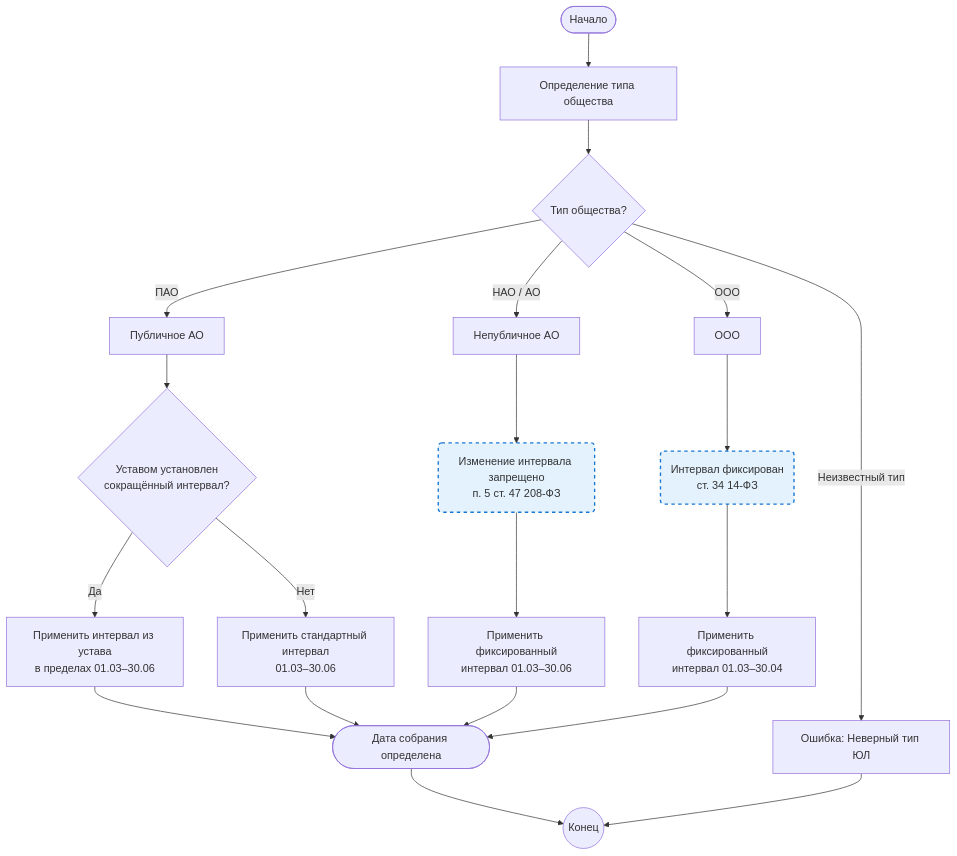
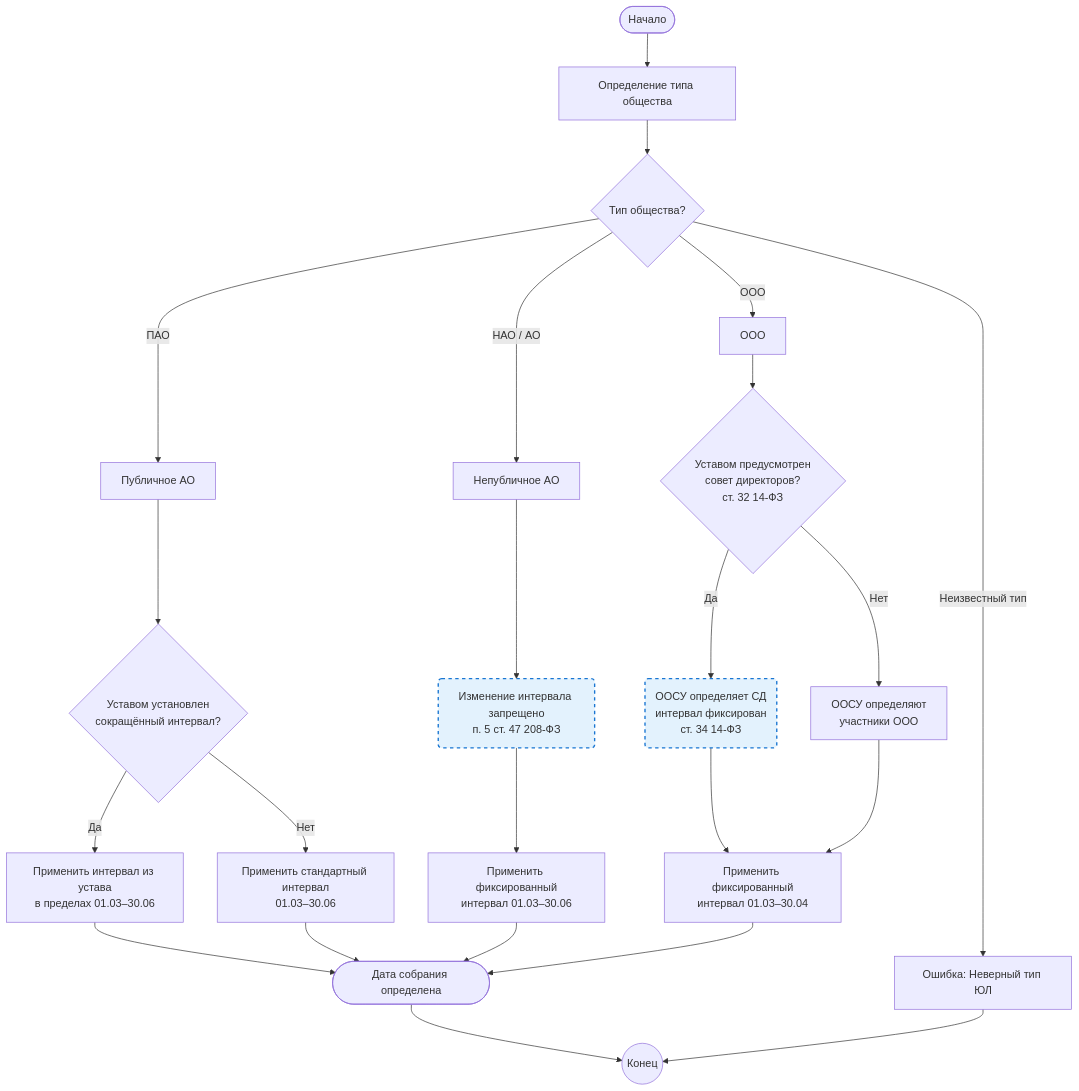
Before and after one commit to arsenyuk/SamorodinkaTech.Fiducia: the diagram in docs/business-processes/gosa-window.md, drawn with Mermaid.

Commit message:
docs(gosa): отразить в диаграмме, что СД для ООО не обязателен (ст. 32 14-ФЗ)

````diff
--- a/docs/business-processes/gosa-window.md
+++ b/docs/business-processes/gosa-window.md
@@ -49,50 +49,55 @@
 ```mermaid
 flowchart TD
     Start([Начало]) --> A[Определение типа общества]
 
     A --> B{Тип общества?}
 
     B -->|ПАО| C[Публичное АО]
     C --> D{Уставом установлен<br>сокращённый интервал?}
     D -->|Да| E[Применить интервал из устава<br>в пределах 01.03–30.06]
     D -->|Нет| F[Применить стандартный интервал<br>01.03–30.06]
 
     B -->| НАО / АО| G[Непубличное АО]
     G --> H[Изменение интервала запрещено<br>п. 5 ст. 47 208-ФЗ]
     H --> I[Применить фиксированный<br>интервал 01.03–30.06]
 
     B -->| ООО| L[ООО]
-    L --> M[Интервал фиксирован<br>ст. 34 14-ФЗ]
+    L --> P{Уставом предусмотрен<br>совет директоров?<br>ст. 32 14-ФЗ}
+    P -->|Да| M[ООСУ определяет СД<br>интервал фиксирован<br>ст. 34 14-ФЗ]
+    P -->|Нет| Q[ООСУ определяют<br>участники ООО]
     M --> N[Применить фиксированный<br>интервал 01.03–30.04]
+    Q --> N
 
     B -->|Неизвестный тип| J[Ошибка: Неверный тип ЮЛ]
 
     E --> K[Дата собрания определена]
     F --> K
     I --> K
     N --> K
     K --> Stop([Конец])
     J --> Stop
 
     %% Явное задание форм (синтаксис Mermaid)
     Start@{ shape: stadium, label: "Начало" }
     A@{ shape: rect, label: "Определение типа общества" }
     B@{ shape: diamond, label: "Тип общества?" }
     C@{ shape: rect, label: "Публичное АО" }
     D@{ shape: diamond, label: "Уставом установлен\nсокращённый интервал?" }
     E@{ shape: rect, label: "Применить интервал из устава\nв пределах 01.03–30.06" }
     F@{ shape: rect, label: "Применить стандартный интервал\n01.03–30.06" }
     G@{ shape: rect, label: "Непубличное АО" }
     H@{ shape: rounded, label: "Изменение интервала запрещено\nп. 5 ст. 47 208-ФЗ" }
     I@{ shape: rect, label: "Применить фиксированный\nинтервал 01.03–30.06" }
     L@{ shape: rect, label: "ООО" }
-    M@{ shape: rounded, label: "Интервал фиксирован\nст. 34 14-ФЗ" }
+    P@{ shape: diamond, label: "Уставом предусмотрен\nсовет директоров?\nст. 32 14-ФЗ" }
+    M@{ shape: rounded, label: "ООСУ определяет СД\nинтервал фиксирован\nст. 34 14-ФЗ" }
+    Q@{ shape: rect, label: "ООСУ определяют\nучастники ООО" }
     N@{ shape: rect, label: "Применить фиксированный\nинтервал 01.03–30.04" }
     J@{ shape: rect, label: "Ошибка: Неверный тип ЮЛ" }
     K@{ shape: stadium, label: "Дата собрания определена" }
     Stop@{ shape: circle, label: "Конец" }
 
     %% Стилизация
   style H fill:#e3f2fd,stroke:#1976d2,stroke-width:2px,stroke-dasharray: 5 5
   style M fill:#e3f2fd,stroke:#1976d2,stroke-width:2px,stroke-dasharray: 5 5
 ```
````
